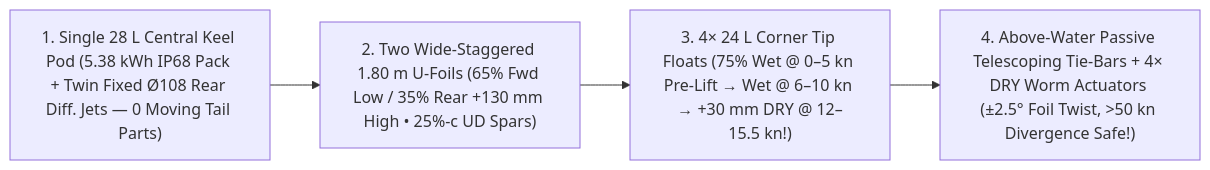
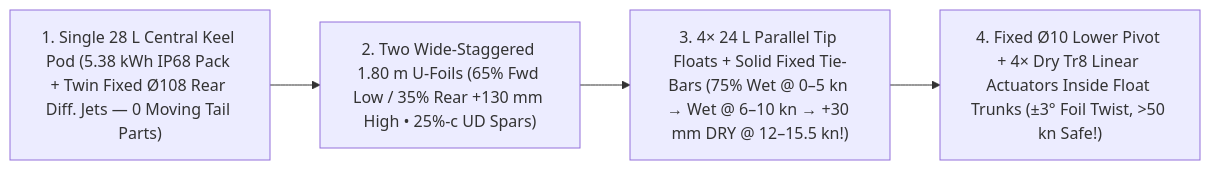
The first of 2 diagrams in README.md (boats-boats-boats/foil-skiff), drawn with Mermaid before and after one commit. The commit also changed other lines of this file and 10 other files, not shown here.

Commit message:
Switch wing-warping to parallel floats + solid fixed tie-bars + internal blade-tang Tr8 linear actuators (zero telescoping joints)

````diff
--- a/README.md
+++ b/README.md
@@ -17,6 +17,6 @@
 ```mermaid
 flowchart LR
     Keel["1. Single 28 L Central Keel Pod (5.38 kWh IP68 Pack + Twin Fixed Ø108 Rear Diff. Jets — 0 Moving Tail Parts)"] --> Foils["2. Two Wide-Staggered 1.80 m U-Foils (65% Fwd Low / 35% Rear +130 mm High • 25%-c UD Spars)"]
-    Foils --> Floats["3. 4× 24 L Corner Tip Floats (75% Wet @ 0–5 kn Pre-Lift → Wet @ 6–10 kn → +30 mm DRY @ 12–15.5 kn!)"]
-    Floats --> Warp["4. Above-Water Passive Telescoping Tie-Bars + 4× DRY Worm Actuators (±2.5° Foil Twist, >50 kn Divergence Safe!)"]
+    Foils --> Floats["3. 4× 24 L Parallel Tip Floats + Solid Fixed Tie-Bars (75% Wet @ 0–5 kn → Wet @ 6–10 kn → +30 mm DRY @ 12–15.5 kn!)"]
+    Floats --> Warp["4. Fixed Ø10 Lower Pivot + 4× Dry Tr8 Linear Actuators Inside Float Trunks (±3° Foil Twist, >50 kn Safe!)"]
 ```
````
